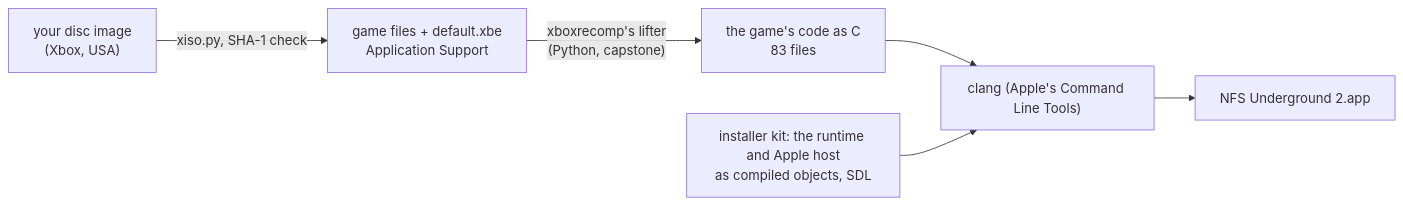
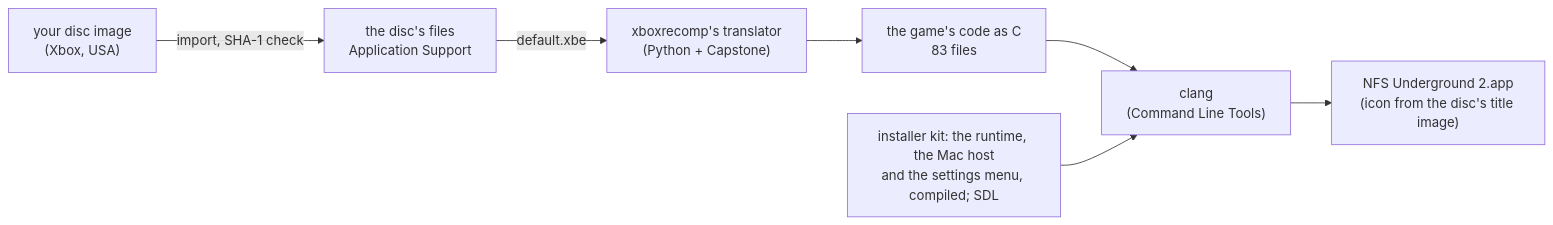
Before and after one commit to sanyokkua/nfsu2-xbox-port: the first of 2 diagrams in README.md, drawn with Mermaid. The commit also changed other lines of this file and 6 other files, not shown here.

Commit message:
README in the ports' style: what it is, install and play (controls, settings menu, quitting, files), screenshots, how it works, architecture, thanks

````diff
--- a/README.md
+++ b/README.md
@@ -85,8 +159,9 @@
 ```mermaid
 flowchart LR
-    ISO["your disc image<br/>(Xbox, USA)"] -->|"xiso.py, SHA-1 check"| GAME["game files + default.xbe<br/>Application Support"]
-    GAME -->|"xboxrecomp's lifter<br/>(Python, capstone)"| C["the game's code as C<br/>83 files"]
-    C --> CLANG["clang (Apple's Command Line Tools)"]
-    KIT["installer kit: the runtime and Apple host<br/>as compiled objects, SDL"] --> CLANG
-    CLANG --> APP["NFS Underground 2.app"]
+    ISO["your disc image<br/>(Xbox, USA)"] -->|"import, SHA-1 check"| GAME["the disc's files<br/>Application Support"]
+    GAME -->|"default.xbe"| LIFT["xboxrecomp's translator<br/>(Python + Capstone)"]
+    LIFT --> C["the game's code as C<br/>83 files"]
+    C --> CLANG["clang<br/>(Command Line Tools)"]
+    KIT["installer kit: the runtime, the Mac host<br/>and the settings menu, compiled; SDL"] --> CLANG
+    CLANG --> APP["NFS Underground 2.app<br/>(icon from the disc's title image)"]
 ```
````
